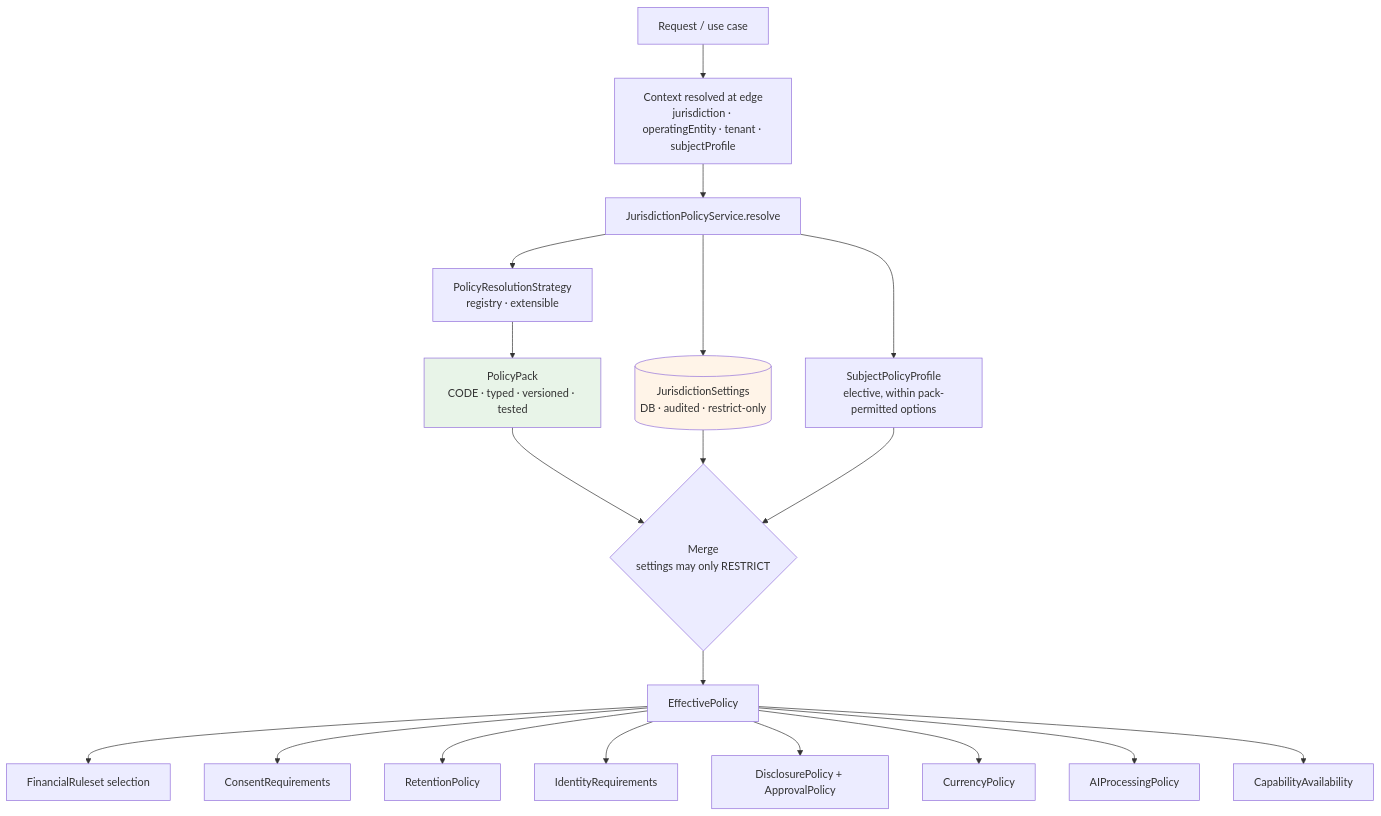
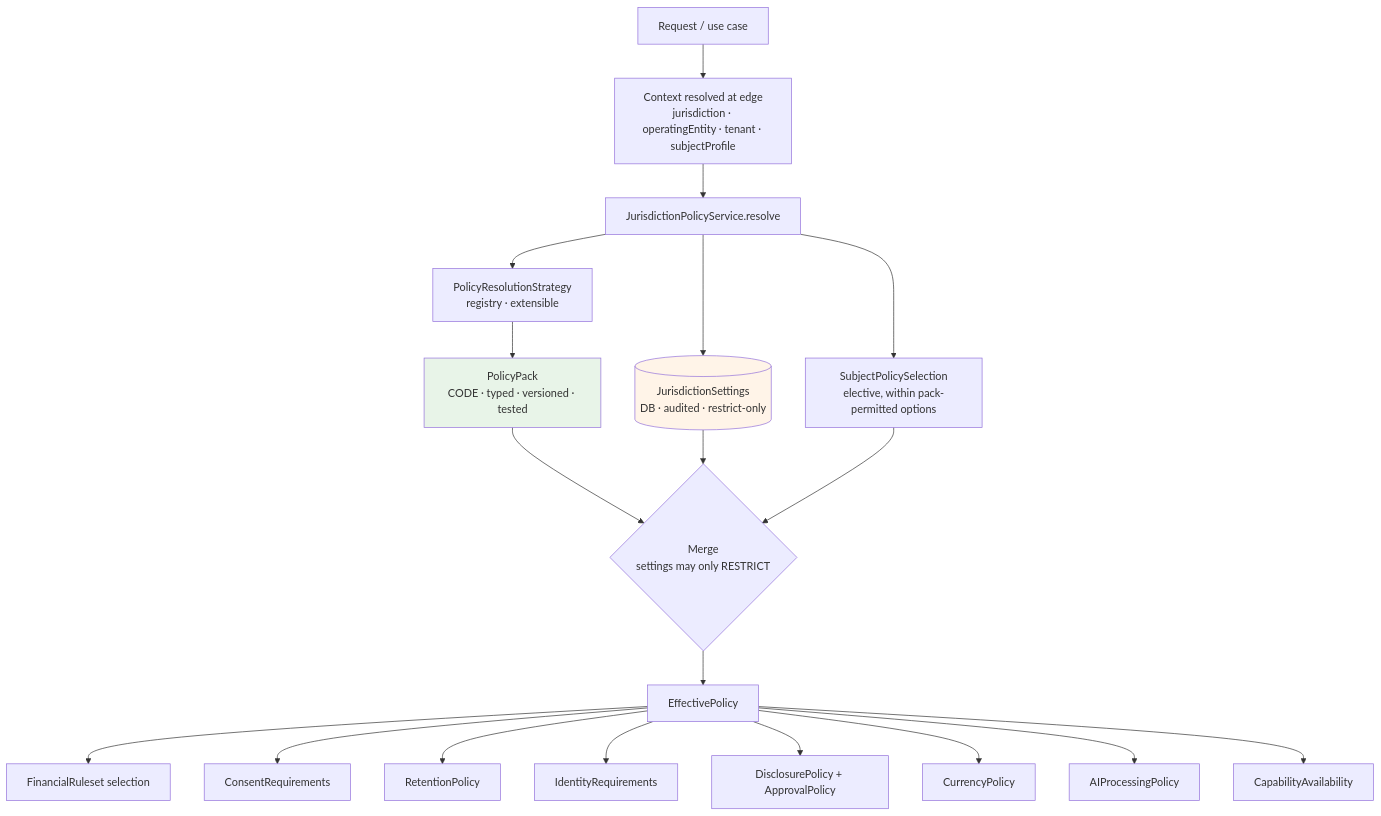
Before and after one commit to MoayadAlobaidi/Karar-Flutter-version: the first of 2 diagrams in docs/architecture/jurisdiction-policy.md, drawn with Mermaid. The commit also changed other lines of this file and 62 other files, not shown here.

````diff
--- a/docs/architecture/jurisdiction-policy.md
+++ b/docs/architecture/jurisdiction-policy.md
@@ -59,23 +59,23 @@
 ```mermaid
 graph TB
     REQ[Request / use case] --> CTX[Context resolved at edge<br/>jurisdiction · operatingEntity · tenant · subjectProfile]
     CTX --> RES[JurisdictionPolicyService.resolve]
     RES --> STRAT[PolicyResolutionStrategy<br/>registry · extensible]
     STRAT --> PACK[PolicyPack<br/>CODE · typed · versioned · tested]
     RES --> SET[(JurisdictionSettings<br/>DB · audited · restrict-only)]
-    RES --> SUBJ[SubjectPolicyProfile<br/>elective, within pack-permitted options]
+    RES --> SUBJ[SubjectPolicySelection<br/>elective, within pack-permitted options]
     PACK --> MERGE{Merge<br/>settings may only RESTRICT}
     SET --> MERGE
     SUBJ --> MERGE
     MERGE --> EFF[EffectivePolicy]
     EFF --> P1[FinancialRuleset selection]
     EFF --> P2[ConsentRequirements]
     EFF --> P3[RetentionPolicy]
     EFF --> P4[IdentityRequirements]
     EFF --> P5[DisclosurePolicy + ApprovalPolicy]
     EFF --> P6[CurrencyPolicy]
     EFF --> P7[AIProcessingPolicy]
     EFF --> P8[CapabilityAvailability]
     style PACK fill:#e8f4e8
     style SET fill:#fff4e8
 ```
````
